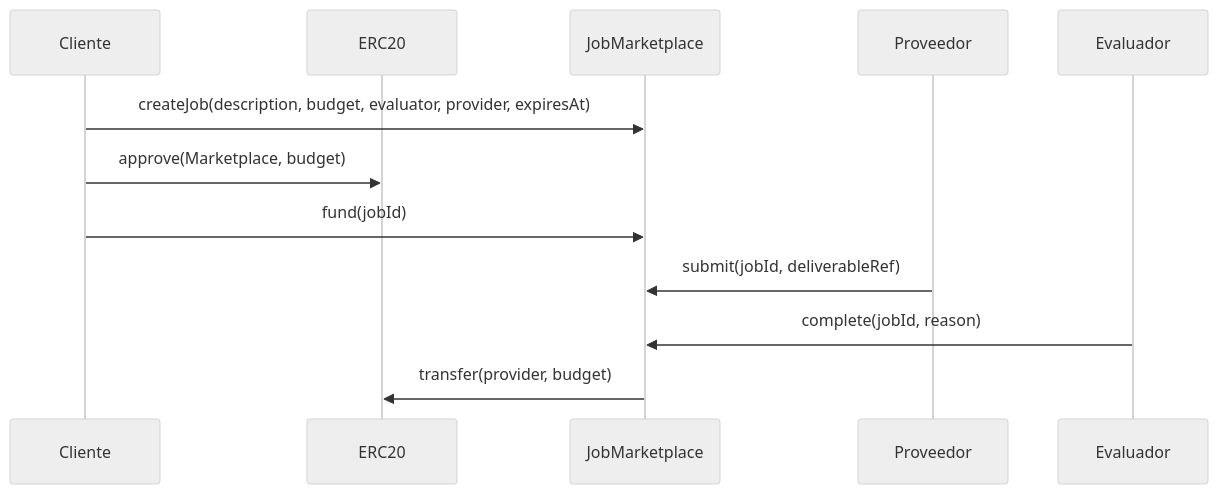
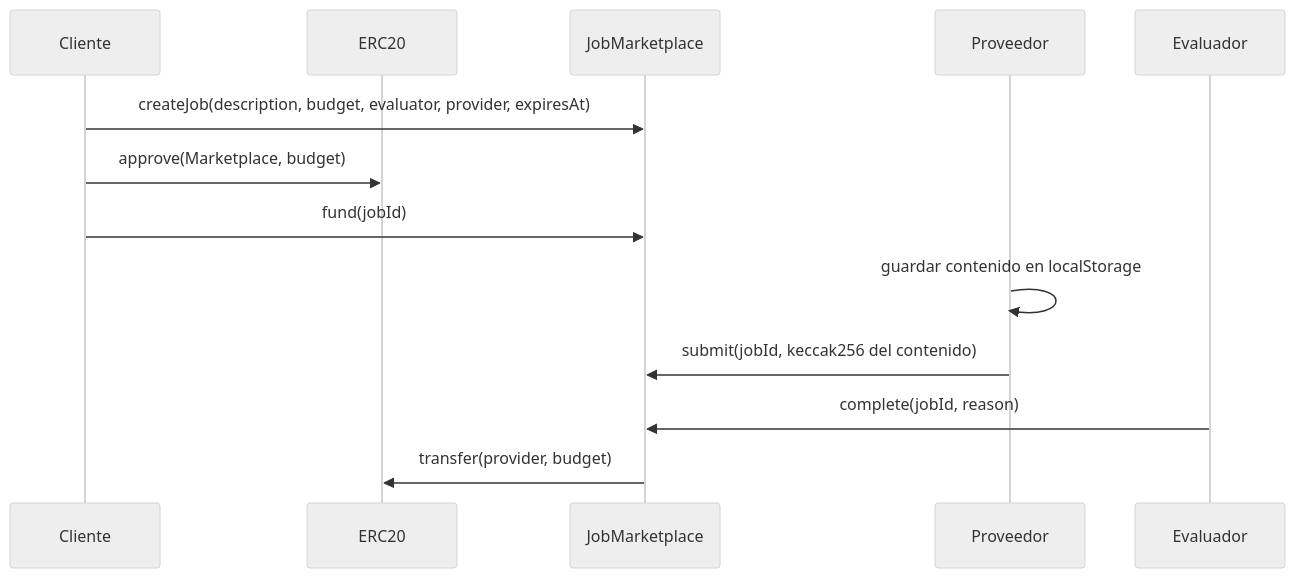
One commit to MartinAlonsoo/entrega_1_taller_2 changed the second of 3 diagrams in README.md. Above: the diagram before and after it, drawn with Mermaid (neutral theme). The commit also changed other lines of this file and 41 other files, not shown here.

````diff
--- a/README.md
+++ b/README.md
@@ -60,15 +64,16 @@
 ```mermaid
 sequenceDiagram
     participant C as Cliente
     participant T as ERC20
     participant M as JobMarketplace
     participant P as Proveedor
     participant E as Evaluador
 
     C->>M: createJob(description, budget, evaluator, provider, expiresAt)
     C->>T: approve(Marketplace, budget)
     C->>M: fund(jobId)
-    P->>M: submit(jobId, deliverableRef)
+    P->>P: guardar contenido en localStorage
+    P->>M: submit(jobId, keccak256 del contenido)
     E->>M: complete(jobId, reason)
     M->>T: transfer(provider, budget)
 ```
````
